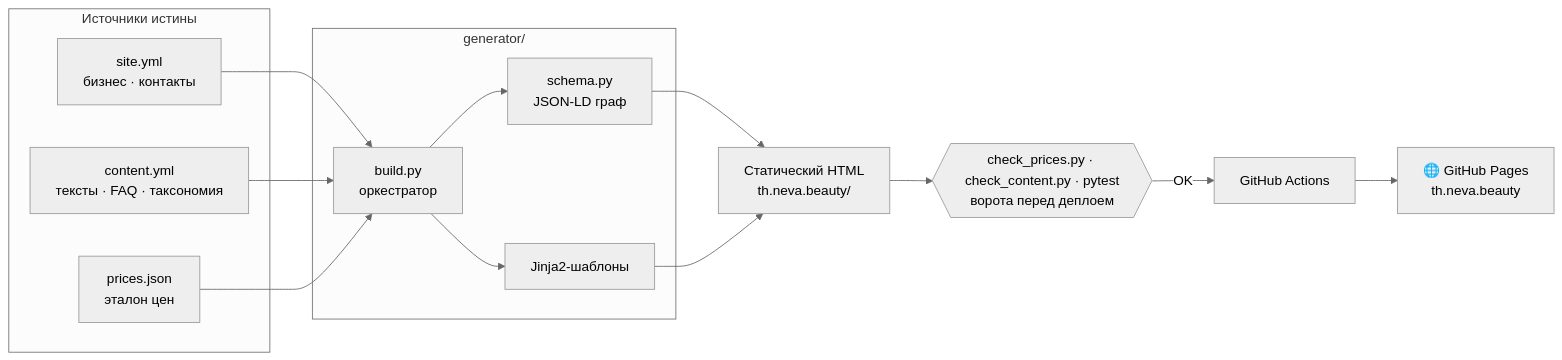
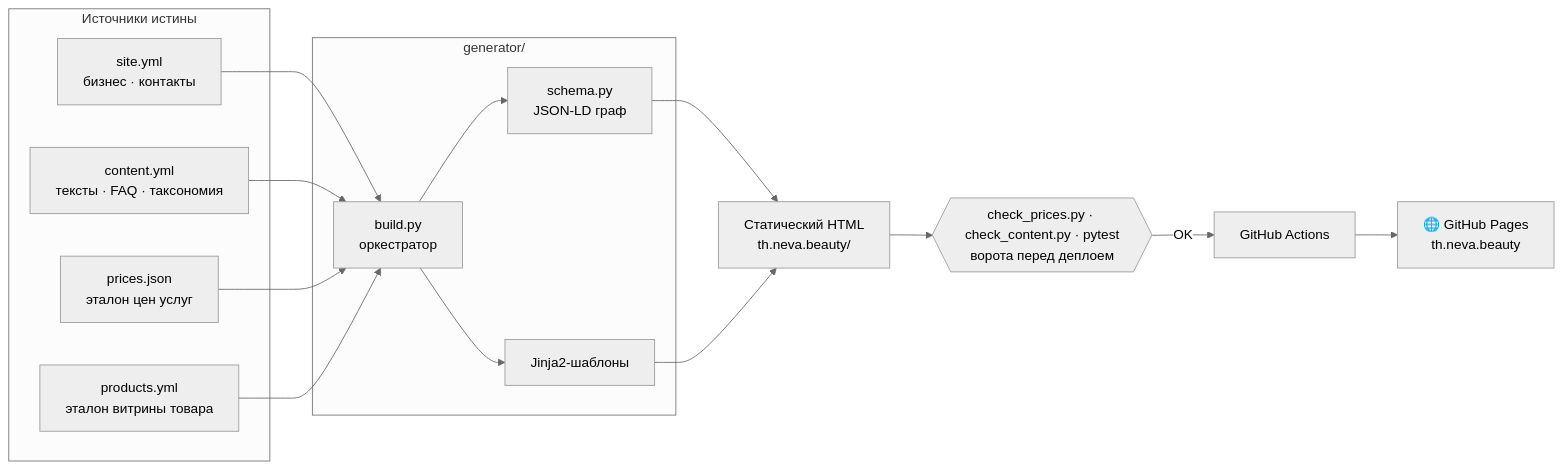
Before and after one commit to jw-git-hub/th.neva.beauty: the diagram in README.md, drawn with Mermaid (neutral theme). The commit also changed other lines of this file and 102 other files, not shown here.

````diff
--- a/README.md
+++ b/README.md
@@ -96,23 +96,25 @@
 ```mermaid
 flowchart LR
     subgraph SRC["Источники истины"]
         A["site.yml<br/>бизнес · контакты"]
         B["content.yml<br/>тексты · FAQ · таксономия"]
-        C["prices.json<br/>эталон цен"]
+        C["prices.json<br/>эталон цен услуг"]
+        P["products.yml<br/>эталон витрины товара"]
     end
     subgraph GEN["generator/"]
         D["build.py<br/>оркестратор"]
         E["schema.py<br/>JSON-LD граф"]
         F["Jinja2-шаблоны"]
     end
     A --> D
     B --> D
     C --> D
+    P --> D
     D --> E
     D --> F
     E --> G["Статический HTML<br/>th.neva.beauty/"]
     F --> G
     G --> H{{"check_prices.py · check_content.py · pytest<br/>ворота перед деплоем"}}
     H -->|OK| I["GitHub Actions"]
     I --> J["🌐 GitHub Pages<br/>th.neva.beauty"]
 ```
````
